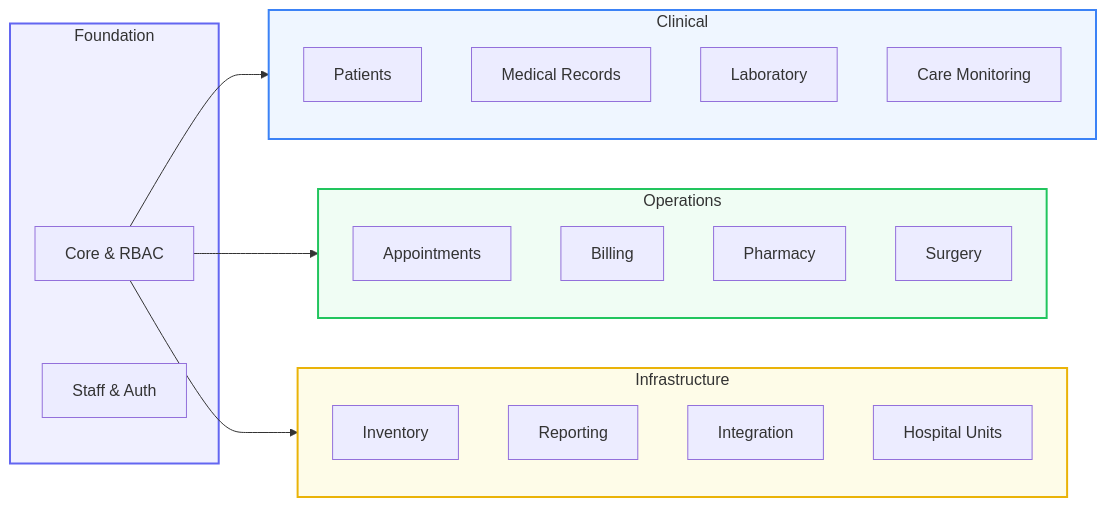
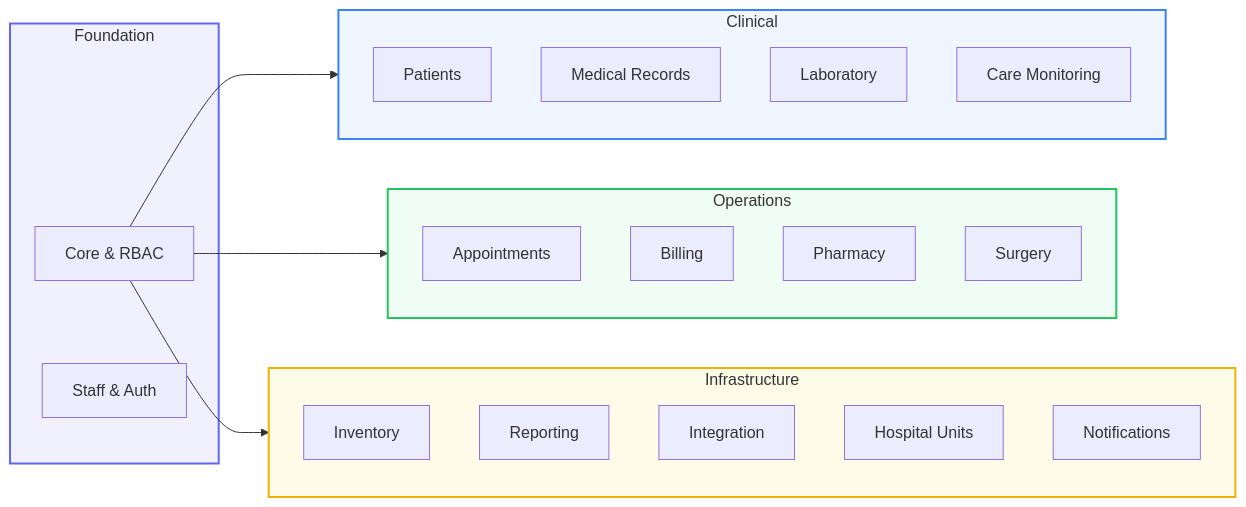
One commit to A0x0k/Remedium-HMS changed the first of 3 diagrams in README.md. Above: the diagram before and after it, drawn with Mermaid. The commit also changed other lines of this file and 1 other file, not shown here.

First line of the commit message:
docs(readme): correct the app count and complete the architecture diagram

````diff
--- a/README.md
+++ b/README.md
@@ -144,37 +144,38 @@
 ```mermaid
 graph LR
     subgraph Core ["Foundation"]
         A[Core & RBAC]
         B[Staff & Auth]
     end
 
     subgraph Clinical ["Clinical"]
         C1[Patients]
         C2[Medical Records]
         C3[Laboratory]
         C4[Care Monitoring]
     end
 
     subgraph Operations ["Operations"]
         D1[Appointments]
         D2[Billing]
         D3[Pharmacy]
         D4[Surgery]
     end
 
     subgraph Infrastructure ["Infrastructure"]
         E1[Inventory]
         E2[Reporting]
         E3[Integration]
         E4[Hospital Units]
+        E5[Notifications]
     end
 
     A --> Clinical
     A --> Operations
     A --> Infrastructure
 
     style Core fill:#f0f0ff,stroke:#6366f1,stroke-width:2px
     style Clinical fill:#eff6ff,stroke:#3b82f6,stroke-width:2px
     style Operations fill:#f0fdf4,stroke:#22c55e,stroke-width:2px
     style Infrastructure fill:#fefce8,stroke:#eab308,stroke-width:2px
 ```
````
